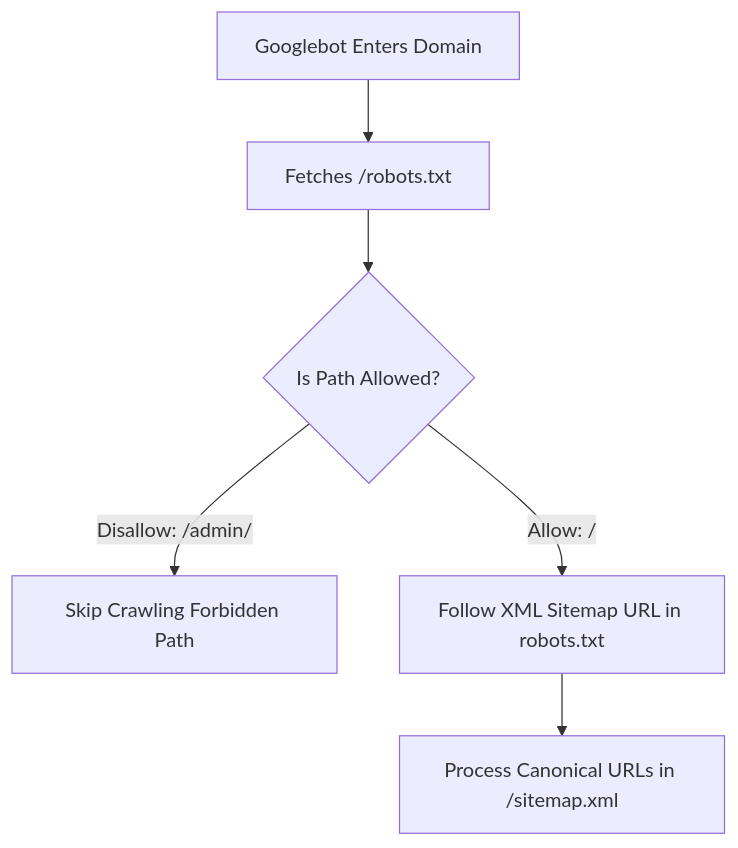
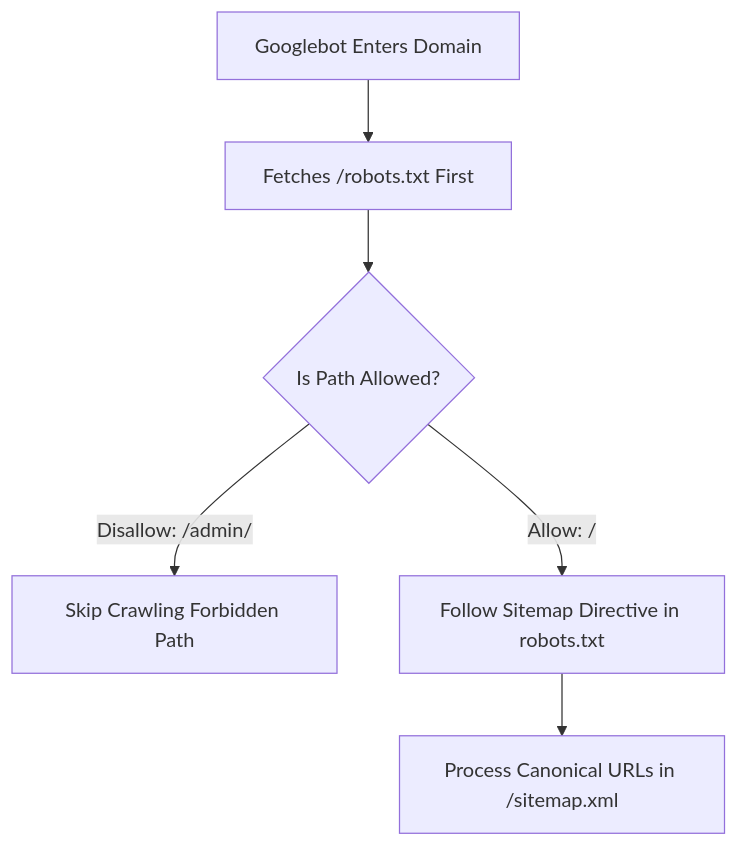
The diagram in robots-and-sitemaps/README.md (seoerai/seo), drawn with Mermaid before and after one commit. The commit also changed other lines of this file and 5 other files, not shown here.

````diff
--- a/robots-and-sitemaps/README.md
+++ b/robots-and-sitemaps/README.md
@@ -11,8 +11,8 @@
 ```mermaid
 flowchart TD
-    A[Googlebot Enters Domain] --> B[Fetches /robots.txt]
+    A[Googlebot Enters Domain] --> B[Fetches /robots.txt First]
     B --> C{Is Path Allowed?}
     C -->|Disallow: /admin/| D[Skip Crawling Forbidden Path]
-    C -->|Allow: /| E[Follow XML Sitemap URL in robots.txt]
+    C -->|Allow: /| E[Follow Sitemap Directive in robots.txt]
     E --> F[Process Canonical URLs in /sitemap.xml]
 ```
````
